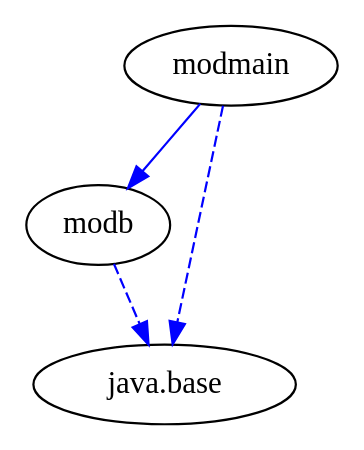
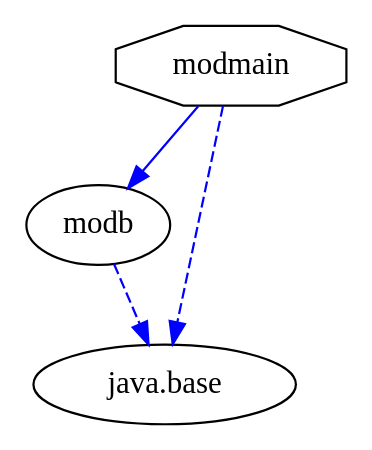
One commit to accso/java9-jigsaw-examples changed the diagram in jigsaw-examples/example_patch/moduledependencies.dot. Above: the diagram before and after it, drawn with Graphviz. The commit also changed 150 other files, not shown here.

Commit message:
Upgraded all Jigsaw examples to latest DepVis version 0.3

```diff
--- a/jigsaw-examples/example_patch/moduledependencies.dot
+++ b/jigsaw-examples/example_patch/moduledependencies.dot
@@ -1,9 +1,9 @@
-# Created by depvis.JigsawDepVisualizer on Tue Oct 10 15:14:28 CEST 2017
+# Created by depvis.JigsawDepVisualizer on Tue Oct 17 12:29:14 CEST 2017
 digraph Java9_Dependency_Visualizer {
-modmain[fontname="Consolas",shape="ellipse",label="modmain"];
+modmain[fontname="Consolas",shape="octagon",label="modmain"];
 modb[fontname="Consolas",shape="ellipse",label="modb"];
 java_base[fontname="Consolas",shape="ellipse",label="java.base"];
 modmain -> modb[color="#0000ff",fontname="Consolas",fontcolor="#0000ff",weight="8"]
 modmain -> java_base[color="#0000ff",fontname="Consolas",fontcolor="#0000ff",style="dashed",weight="16"]
 modb -> java_base[color="#0000ff",fontname="Consolas",fontcolor="#0000ff",style="dashed",weight="16"]
 }
```
